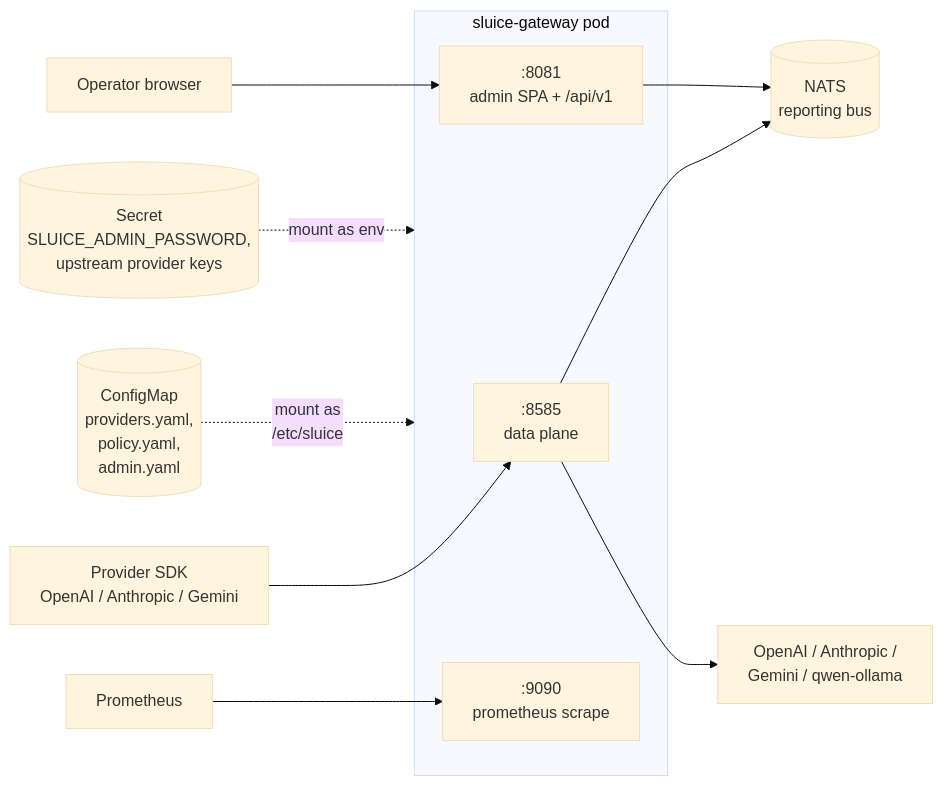
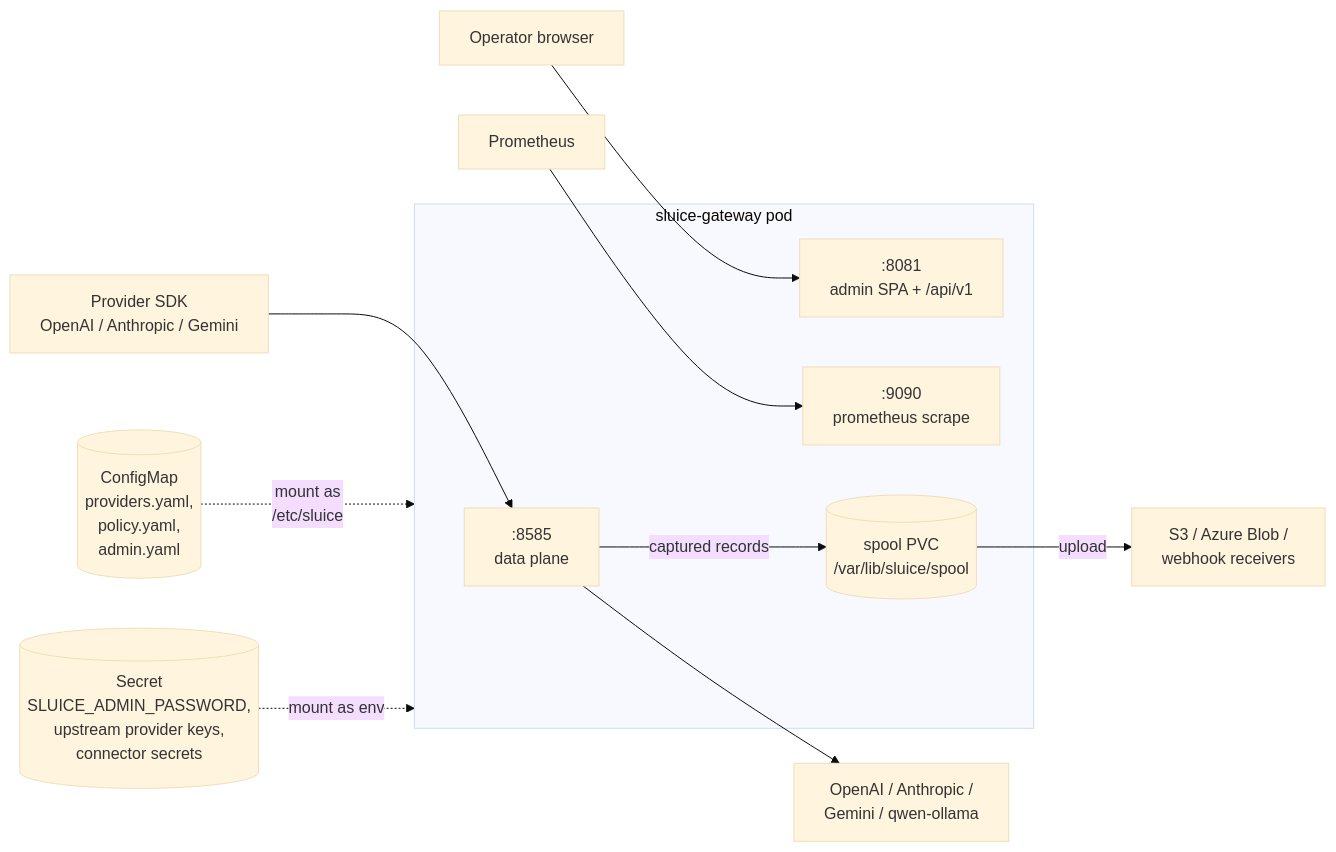
The first of 3 diagrams in docs/deployment.md (andyjmorgan/slipspace-gateway), drawn with Mermaid (base theme) before and after one commit. The commit also changed other lines of this file and 17 other files, not shown here.

First line of the commit message:
docs: connector + spool architecture (post-NATS)

````diff
--- a/docs/deployment.md
+++ b/docs/deployment.md
@@ -31,20 +31,21 @@
 ```mermaid
 flowchart LR
     subgraph Pod[sluice-gateway pod]
         DP[":8585<br/>data plane"]
         AD[":8081<br/>admin SPA + /api/v1"]
         PR[":9090<br/>prometheus scrape"]
+        SP[("spool PVC<br/>/var/lib/sluice/spool")]
     end
 
     CFG[("ConfigMap<br/>providers.yaml,<br/>policy.yaml,<br/>admin.yaml")] -. mount as<br/>/etc/sluice .-> Pod
-    SEC[("Secret<br/>SLUICE_ADMIN_PASSWORD,<br/>upstream provider keys")] -. mount as env .-> Pod
+    SEC[("Secret<br/>SLUICE_ADMIN_PASSWORD,<br/>upstream provider keys,<br/>connector secrets")] -. mount as env .-> Pod
 
     Client[Provider SDK<br/>OpenAI / Anthropic / Gemini] --> DP
     Operator[Operator browser] --> AD
     Scrape[Prometheus] --> PR
 
-    DP --> NATS[(NATS<br/>reporting bus)]
-    AD --> NATS
+    DP -- captured records --> SP
+    SP -- upload --> Dest[S3 / Azure Blob /<br/>webhook receivers]
 
     DP --> Upstream[OpenAI / Anthropic /<br/>Gemini / qwen-ollama]
 ```
````
